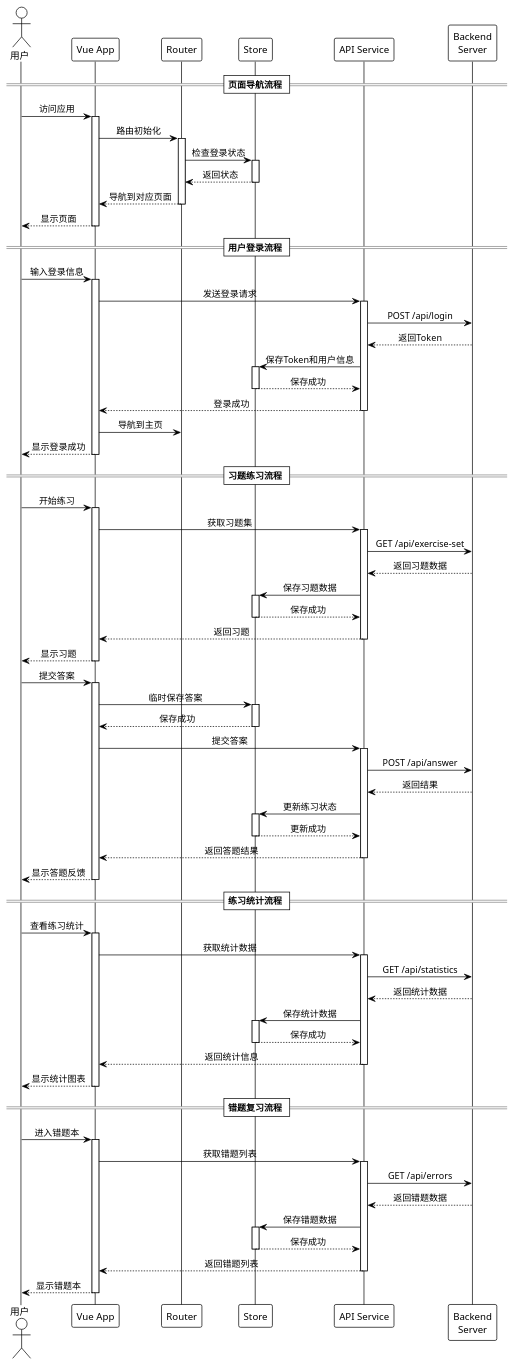
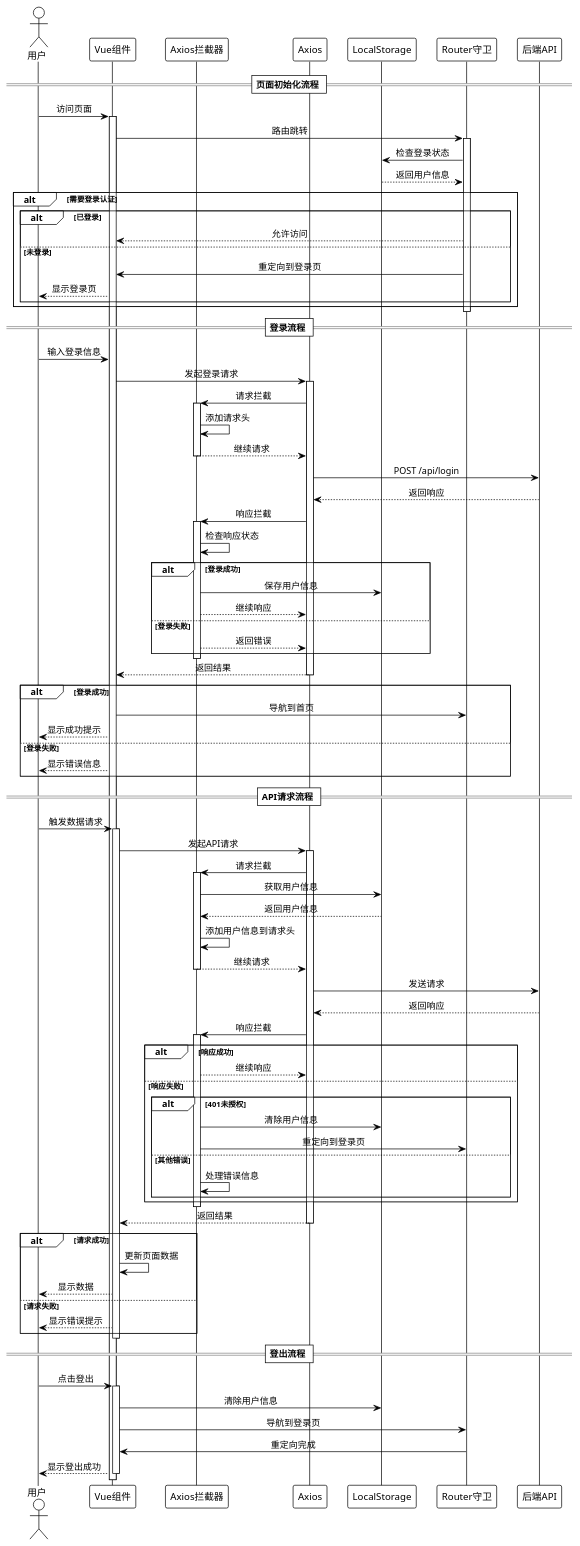
One commit to sukeroV/ks_ changed the diagram in 前端时序图.puml. Above: the diagram before and after it, drawn with PlantUML. The commit also changed 12 other files, not shown here.

Commit message:
最终6-UML--未测试

```diff
--- a/前端时序图.puml
+++ b/前端时序图.puml
@@ -1,112 +1,118 @@
-@startuml 前端交互流程时序图
+@startuml 前端交互流程
 
 !theme plain
 skinparam backgroundColor white
 skinparam sequenceMessageAlign center
 
 actor "用户" as user
-participant "Vue App" as app
-participant "Router" as router
-participant "Store" as store
-participant "API Service" as api
-participant "Backend\nServer" as server
+participant "Vue组件" as component
+participant "Axios拦截器" as interceptor
+participant "Axios" as axios
+participant "LocalStorage" as storage
+participant "Router守卫" as guard
+participant "后端API" as api
 
-== 页面导航流程 ==
-user -> app: 访问应用
-activate app
-app -> router: 路由初始化
-activate router
-router -> store: 检查登录状态
-activate store
-store --> router: 返回状态
-deactivate store
-router --> app: 导航到对应页面
-deactivate router
-app --> user: 显示页面
-deactivate app
+== 页面初始化流程 ==
+user -> component: 访问页面
+activate component
+component -> guard: 路由跳转
+activate guard
+guard -> storage: 检查登录状态
+storage --> guard: 返回用户信息
 
-== 用户登录流程 ==
-user -> app: 输入登录信息
-activate app
-app -> api: 发送登录请求
-activate api
-api -> server: POST /api/login
-server --> api: 返回Token
-api -> store: 保存Token和用户信息
-activate store
-store --> api: 保存成功
-deactivate store
-api --> app: 登录成功
-deactivate api
-app -> router: 导航到主页
-app --> user: 显示登录成功
-deactivate app
+alt 需要登录认证
+    alt 已登录
+        guard --> component: 允许访问
+    else 未登录
+        guard -> component: 重定向到登录页
+        component --> user: 显示登录页
+    end
+end
+deactivate guard
 
-== 习题练习流程 ==
-user -> app: 开始练习
-activate app
-app -> api: 获取习题集
-activate api
-api -> server: GET /api/exercise-set
-server --> api: 返回习题数据
-api -> store: 保存习题数据
-activate store
-store --> api: 保存成功
-deactivate store
-api --> app: 返回习题
-deactivate api
-app --> user: 显示习题
-deactivate app
+== 登录流程 ==
+user -> component: 输入登录信息
+component -> axios: 发起登录请求
+activate axios
+axios -> interceptor: 请求拦截
+activate interceptor
+interceptor -> interceptor: 添加请求头
+interceptor --> axios: 继续请求
+deactivate interceptor
 
-user -> app: 提交答案
-activate app
-app -> store: 临时保存答案
-activate store
-store --> app: 保存成功
-deactivate store
-app -> api: 提交答案
-activate api
-api -> server: POST /api/answer
-server --> api: 返回结果
-api -> store: 更新练习状态
-activate store
-store --> api: 更新成功
-deactivate store
-api --> app: 返回答题结果
-deactivate api
-app --> user: 显示答题反馈
-deactivate app
+axios -> api: POST /api/login
+api --> axios: 返回响应
 
-== 练习统计流程 ==
-user -> app: 查看练习统计
-activate app
-app -> api: 获取统计数据
-activate api
-api -> server: GET /api/statistics
-server --> api: 返回统计数据
-api -> store: 保存统计数据
-activate store
-store --> api: 保存成功
-deactivate store
-api --> app: 返回统计信息
-deactivate api
-app --> user: 显示统计图表
-deactivate app
+axios -> interceptor: 响应拦截
+activate interceptor
+interceptor -> interceptor: 检查响应状态
+alt 登录成功
+    interceptor -> storage: 保存用户信息
+    interceptor --> axios: 继续响应
+else 登录失败
+    interceptor --> axios: 返回错误
+end
+deactivate interceptor
 
-== 错题复习流程 ==
-user -> app: 进入错题本
-activate app
-app -> api: 获取错题列表
-activate api
-api -> server: GET /api/errors
-server --> api: 返回错题数据
-api -> store: 保存错题数据
-activate store
-store --> api: 保存成功
-deactivate store
-api --> app: 返回错题列表
-deactivate api
-app --> user: 显示错题本
-deactivate app
+axios --> component: 返回结果
+deactivate axios
+
+alt 登录成功
+    component -> guard: 导航到首页
+    component --> user: 显示成功提示
+else 登录失败
+    component --> user: 显示错误信息
+end
+
+== API请求流程 ==
+user -> component: 触发数据请求
+activate component
+component -> axios: 发起API请求
+activate axios
+
+axios -> interceptor: 请求拦截
+activate interceptor
+interceptor -> storage: 获取用户信息
+storage --> interceptor: 返回用户信息
+interceptor -> interceptor: 添加用户信息到请求头
+interceptor --> axios: 继续请求
+deactivate interceptor
+
+axios -> api: 发送请求
+api --> axios: 返回响应
+
+axios -> interceptor: 响应拦截
+activate interceptor
+alt 响应成功
+    interceptor --> axios: 继续响应
+else 响应失败
+    alt 401未授权
+        interceptor -> storage: 清除用户信息
+        interceptor -> guard: 重定向到登录页
+    else 其他错误
+        interceptor -> interceptor: 处理错误信息
+    end
+end
+deactivate interceptor
+
+axios --> component: 返回结果
+deactivate axios
+
+alt 请求成功
+    component -> component: 更新页面数据
+    component --> user: 显示数据
+else 请求失败
+    component --> user: 显示错误提示
+end
+deactivate component
+
+== 登出流程 ==
+user -> component: 点击登出
+activate component
+component -> storage: 清除用户信息
+component -> guard: 导航到登录页
+guard -> component: 重定向完成
+component --> user: 显示登出成功
+deactivate component
 
 @enduml 
```
